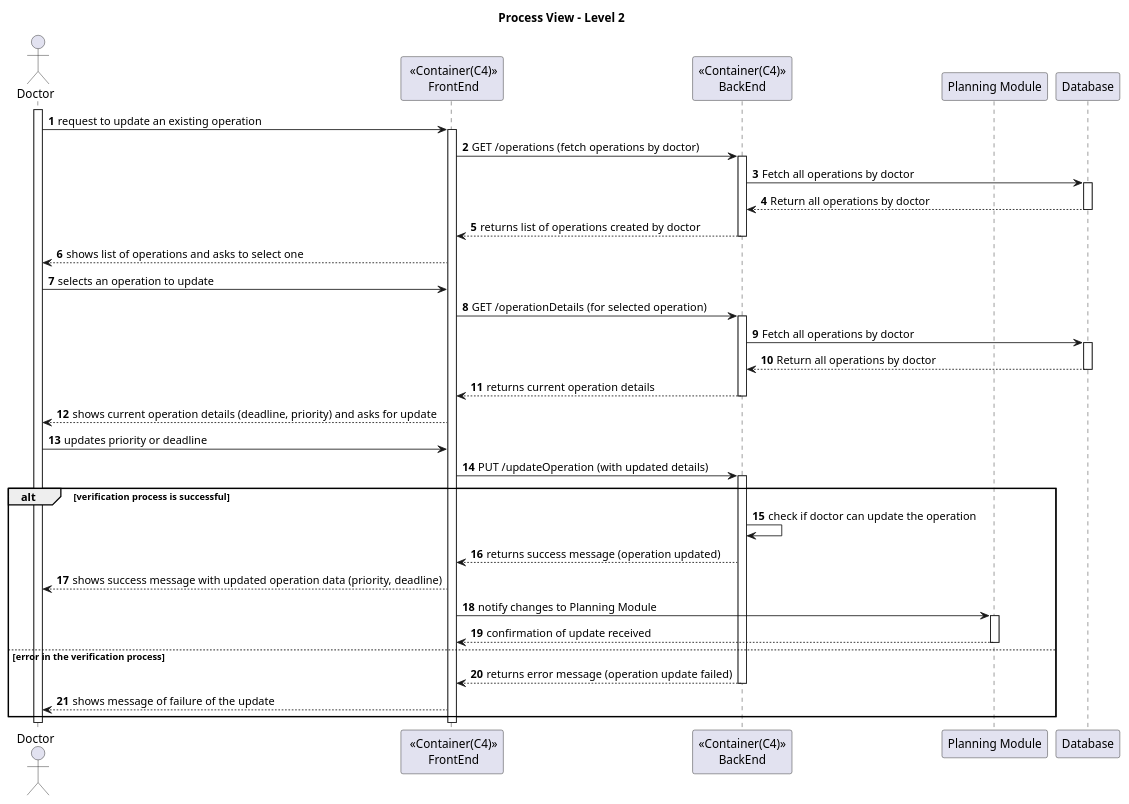
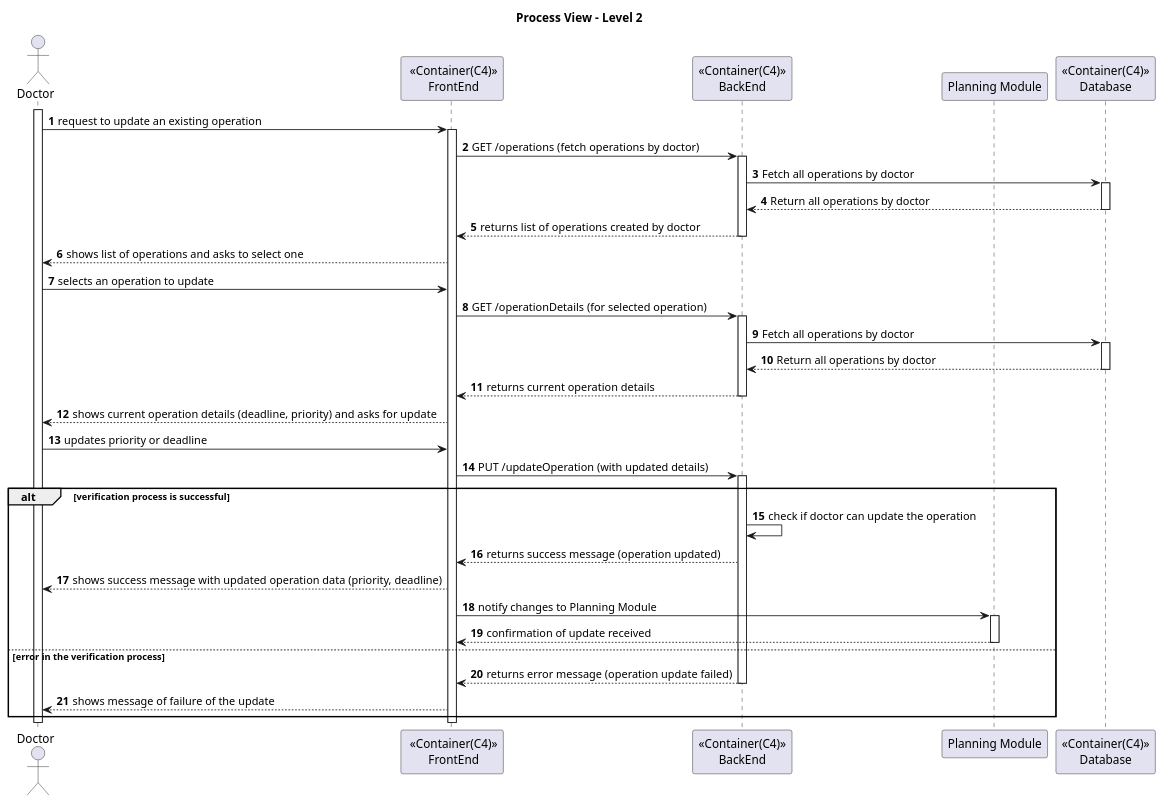
One commit to Saquinho74/LAPR5 changed the diagram in Docs/SprintA/US17/level2/process_view.puml. Above: the diagram before and after it, drawn with PlantUML. The commit also changed 2 other files, not shown here.

```diff
--- a/Docs/SprintA/US17/level2/process_view.puml
+++ b/Docs/SprintA/US17/level2/process_view.puml
@@ -1,100 +1,100 @@
 @startuml
 'https://plantuml.com/sequence-diagram
 
 autonumber
 actor Doctor as doc
 participant " <<Container(C4)>>\n FrontEnd" as sys
 participant "<<Container(C4)>>\nBackEnd" as backEnd
 participant "Planning Module" as planning
-participant "Database" as DB
+participant "<<Container(C4)>>\nDatabase" as DB
 
 title Process View - Level 2
 
 
 activate doc
 
 doc -> sys: request to update an existing operation
 
 activate sys
 
 
 sys -> backEnd : GET /operations (fetch operations by doctor)
 
 activate backEnd
 
 
 backEnd -> DB : Fetch all operations by doctor
 activate DB
 
 DB --> backEnd : Return all operations by doctor
 deactivate DB
 
 
 backEnd --> sys : returns list of operations created by doctor
 
 deactivate backEnd
 
 sys --> doc: shows list of operations and asks to select one
 
 
 doc -> sys: selects an operation to update
 
 
 sys -> backEnd : GET /operationDetails (for selected operation)
 activate backEnd
 backEnd -> DB : Fetch all operations by doctor
 activate DB
 
 DB --> backEnd : Return all operations by doctor
 
 deactivate DB
 
 
 
 
 backEnd --> sys : returns current operation details
 
 deactivate backEnd
 
 sys --> doc: shows current operation details (deadline, priority) and asks for update
 
 
 doc -> sys: updates priority or deadline
 
 
 sys -> backEnd : PUT /updateOperation (with updated details)
 
 activate backEnd
 
 alt verification process is successful
 
     backEnd -> backEnd : check if doctor can update the operation
 
     backEnd --> sys: returns success message (operation updated)
 
     sys --> doc: shows success message with updated operation data (priority, deadline)
 
     sys -> planning : notify changes to Planning Module
 
     activate planning
 
     planning --> sys : confirmation of update received
 
     deactivate planning
 
 
 else error in the verification process
 
     backEnd --> sys: returns error message (operation update failed)
 
     deactivate backEnd
 
     sys --> doc: shows message of failure of the update
 
 end
 
 deactivate sys
 deactivate planning
 deactivate doc
 
 @enduml
```
